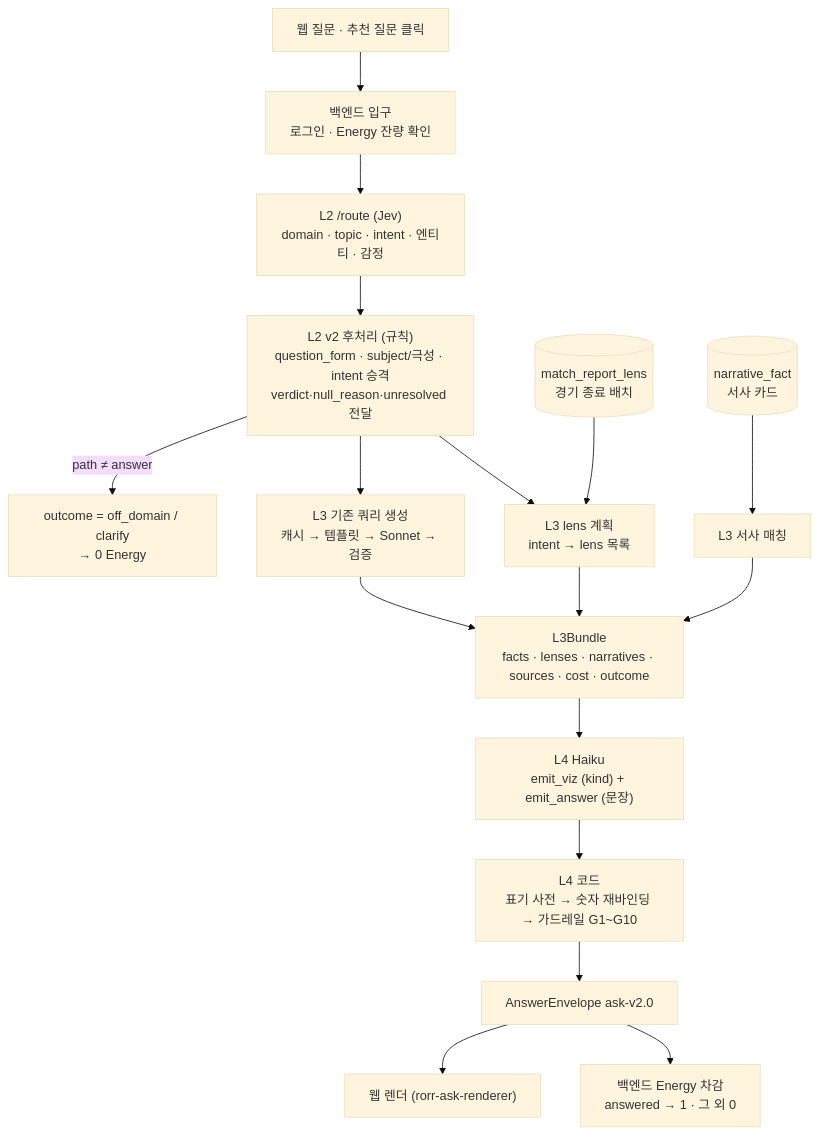
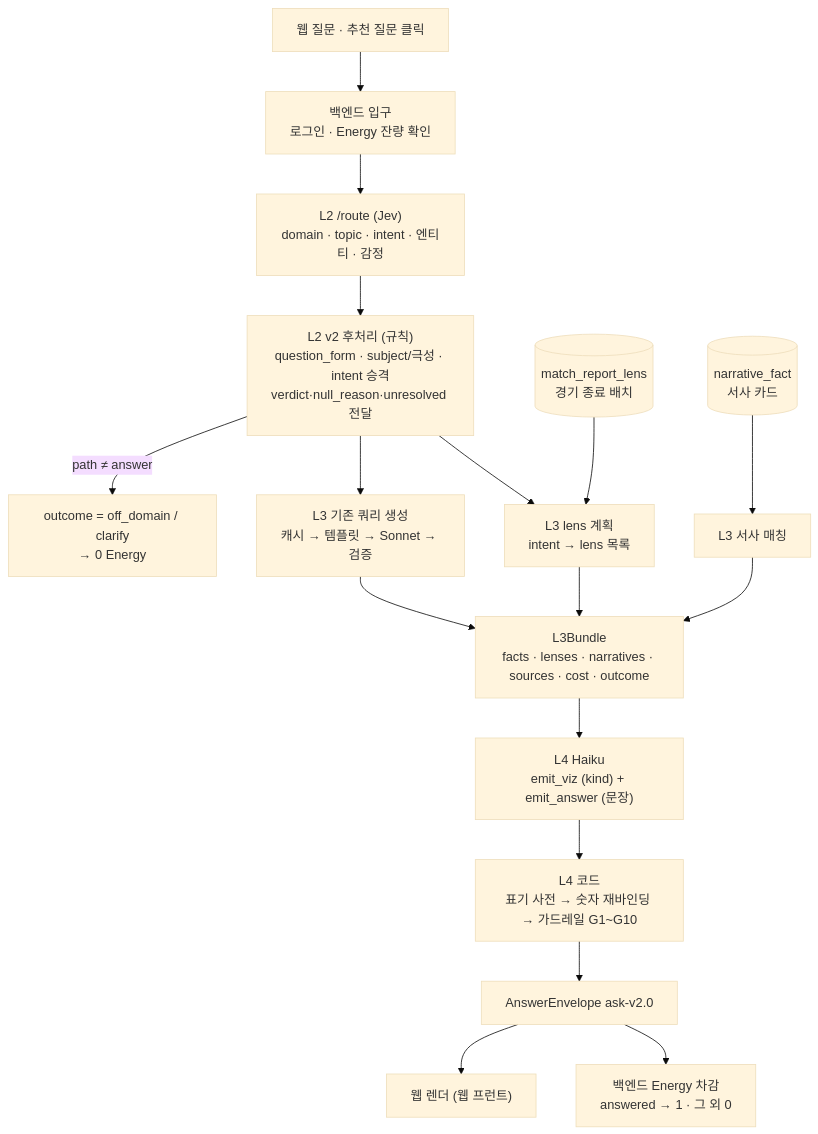
One commit to zzunlsj/rorr-layer-core changed the diagram in docs/00-overview.md. Above: the diagram before and after it, drawn with Mermaid (base theme). The commit also changed 15 other files, not shown here.

````diff
--- a/docs/00-overview.md
+++ b/docs/00-overview.md
@@ -19,19 +19,19 @@
 ```mermaid
 flowchart TD
     Q["웹 질문 · 추천 질문 클릭"] --> GW["백엔드 입구<br>로그인 · Energy 잔량 확인"]
     GW --> R["L2 /route (Jev)<br>domain · topic · intent · 엔티티 · 감정"]
     R --> V2["L2 v2 후처리 (규칙)<br>question_form · subject/극성 · intent 승격<br>verdict·null_reason·unresolved 전달"]
     V2 -->|path ≠ answer| OUT0["outcome = off_domain / clarify<br>→ 0 Energy"]
     V2 --> L3Q["L3 기존 쿼리 생성<br>캐시 → 템플릿 → Sonnet → 검증"]
     V2 --> LP["L3 lens 계획<br>intent → lens 목록"]
     BATCH[("match_report_lens<br>경기 종료 배치")] --> LP
     NF[("narrative_fact<br>서사 카드")] --> NAR["L3 서사 매칭"]
     L3Q --> B["L3Bundle<br>facts · lenses · narratives · sources · cost · outcome"]
     LP --> B
     NAR --> B
     B --> H["L4 Haiku<br>emit_viz (kind) + emit_answer (문장)"]
     H --> G["L4 코드<br>표기 사전 → 숫자 재바인딩 → 가드레일 G1~G10"]
     G --> ENV["AnswerEnvelope ask-v2.0"]
-    ENV --> WEB["웹 렌더 (rorr-ask-renderer)"]
+    ENV --> WEB["웹 렌더 (웹 프런트)"]
     ENV --> EN["백엔드 Energy 차감<br>answered → 1 · 그 외 0"]
 ```
````
